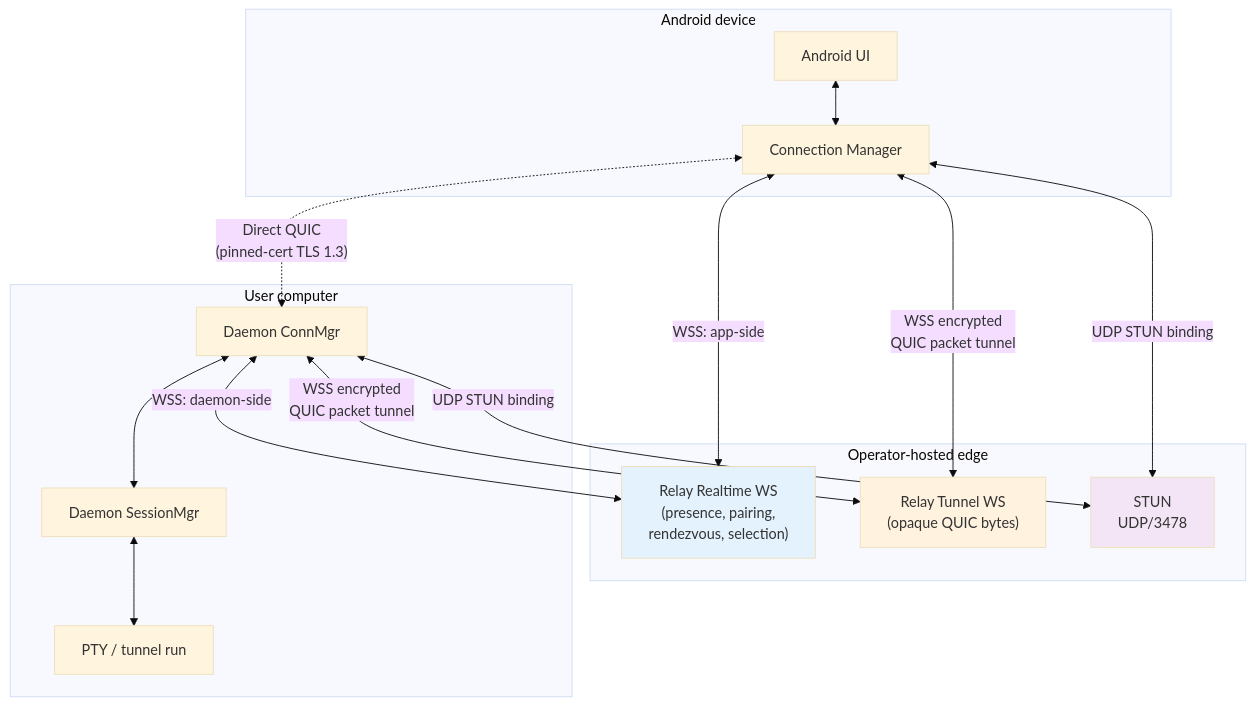
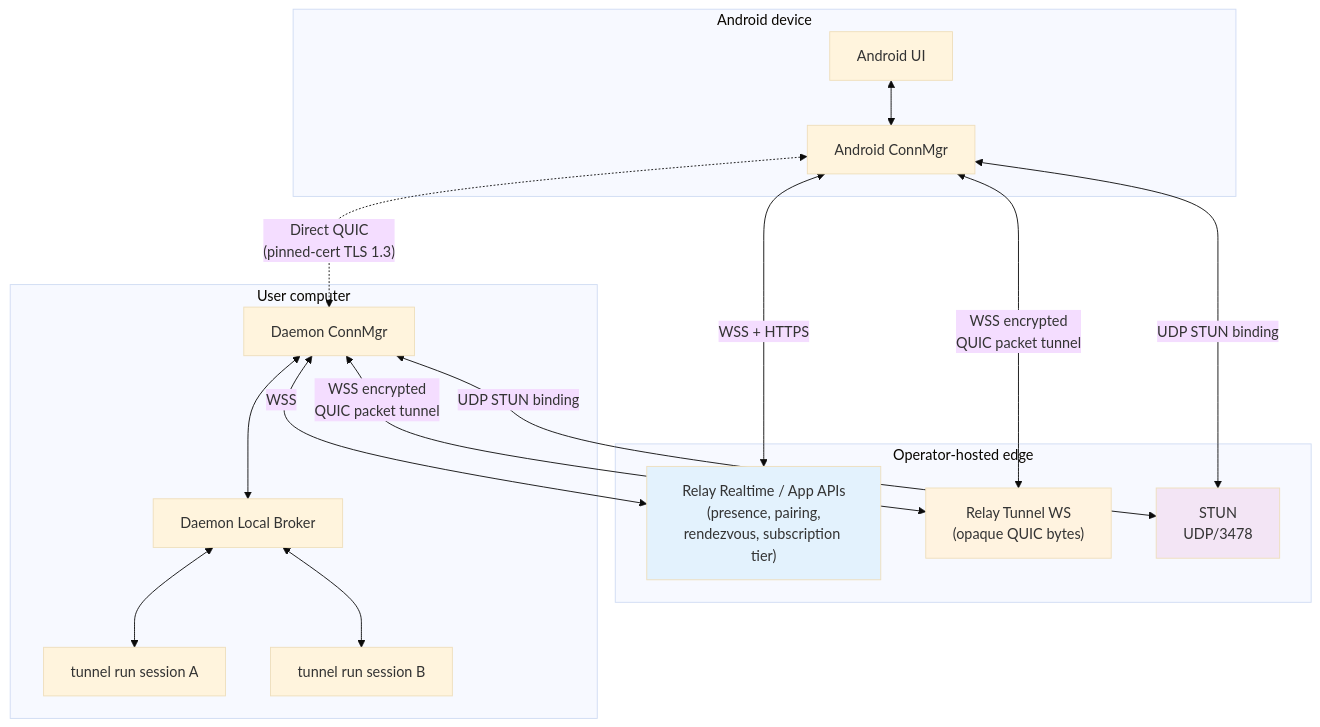
Before and after one commit to yuanbohan/agent-tunnel: the diagram in docs/connectivity/architecture.md, drawn with Mermaid (base theme). The commit also changed other lines of this file and 21 other files, not shown here.

````diff
--- a/docs/connectivity/architecture.md
+++ b/docs/connectivity/architecture.md
@@ -22,32 +25,34 @@
 ```mermaid
 flowchart TB
     subgraph Android["Android device"]
         AUI[Android UI]
-        ACM[Connection Manager]
+        ACM[Android ConnMgr]
     end
     subgraph Edge["Operator-hosted edge"]
-        RRT["Relay Realtime WS<br/>(presence, pairing,<br/>rendezvous, selection)"]
+        RRT["Relay Realtime / App APIs<br/>(presence, pairing,<br/>rendezvous, subscription tier)"]
         RTUN["Relay Tunnel WS<br/>(opaque QUIC bytes)"]
         STUN["STUN<br/>UDP/3478"]
     end
     subgraph Computer["User computer"]
         DCM[Daemon ConnMgr]
-        DSM[Daemon SessionMgr]
-        PTY["PTY / tunnel run"]
+        DBR[Daemon Local Broker]
+        TR1["tunnel run session A"]
+        TR2["tunnel run session B"]
     end
 
     AUI <--> ACM
-    ACM <-->|"WSS: app-side"| RRT
-    DCM <-->|"WSS: daemon-side"| RRT
+    ACM <-->|"WSS + HTTPS"| RRT
+    DCM <-->|"WSS"| RRT
     ACM <-->|"UDP STUN binding"| STUN
     DCM <-->|"UDP STUN binding"| STUN
     ACM <-.->|"Direct QUIC<br/>(pinned-cert TLS 1.3)"| DCM
     ACM <-->|"WSS encrypted<br/>QUIC packet tunnel"| RTUN
     DCM <-->|"WSS encrypted<br/>QUIC packet tunnel"| RTUN
-    DSM <--> PTY
-    DCM <--> DSM
+    DCM <--> DBR
+    DBR <--> TR1
+    DBR <--> TR2
 
     style RRT fill:#e3f2fd
     style RTUN fill:#fff3e0
     style STUN fill:#f3e5f5
 ```
````
